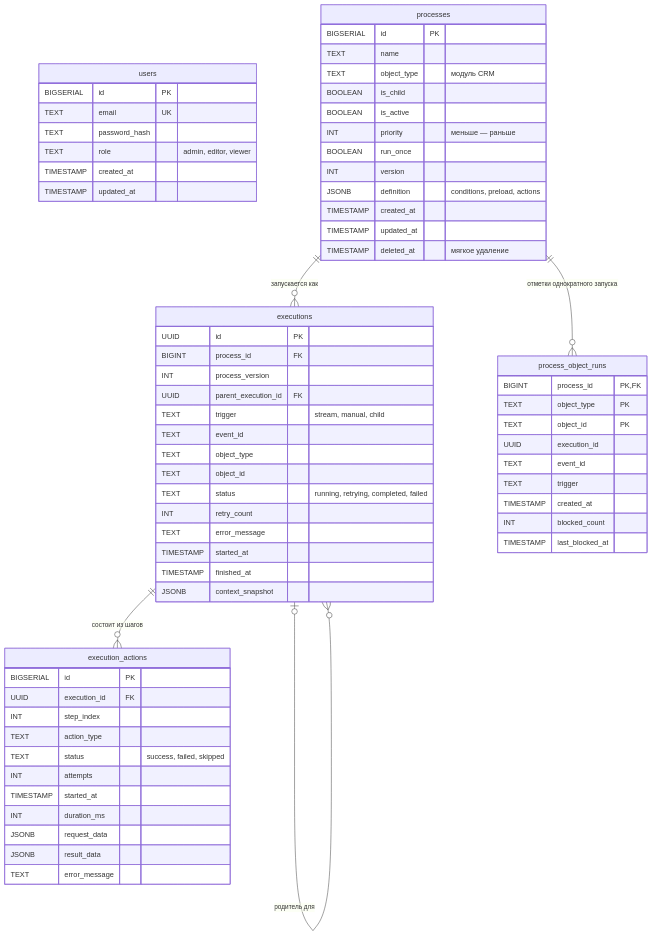
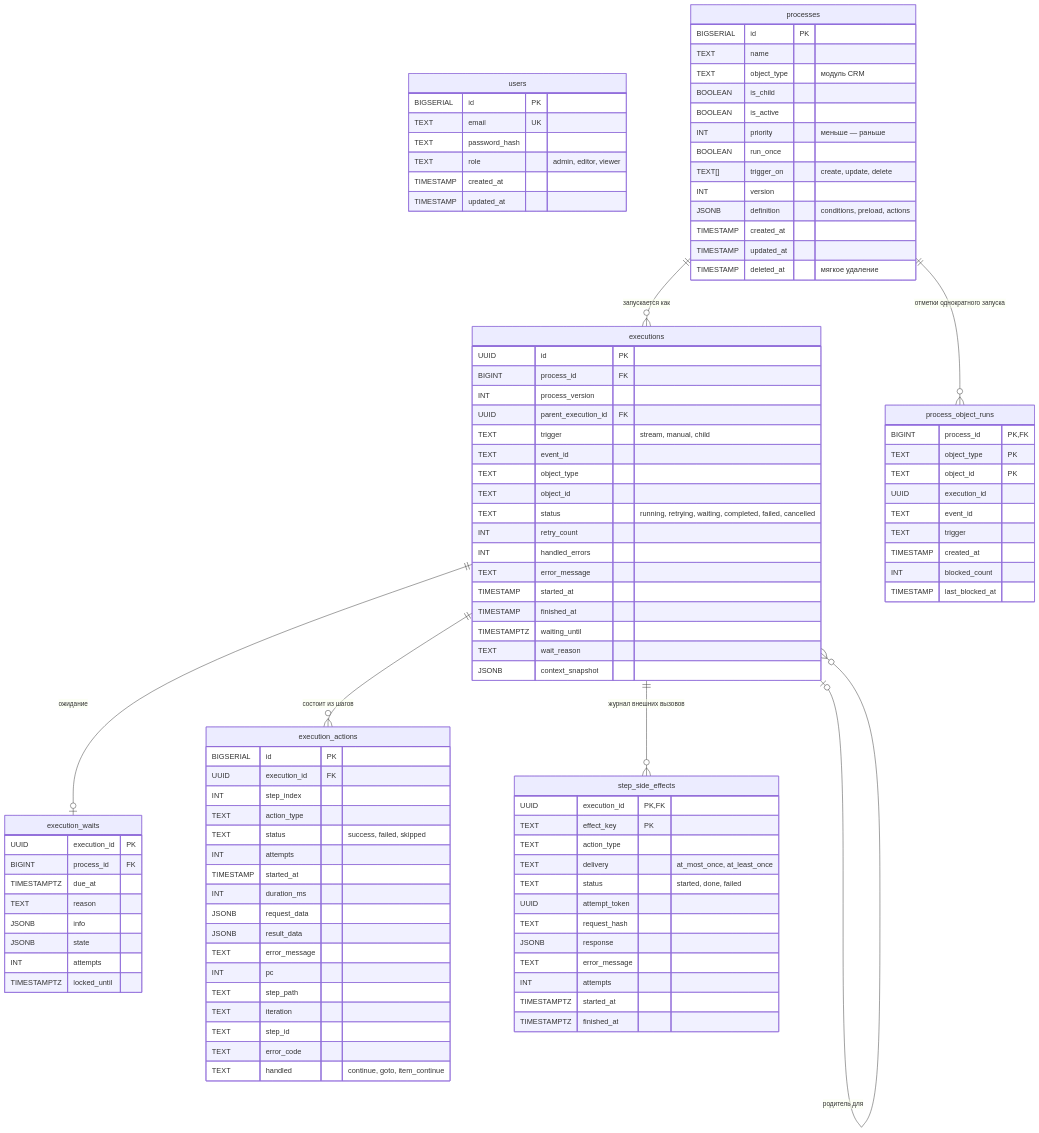
The first of 2 diagrams in doc/ru/05-architecture/data-model.md (madarch-labs/Workflow-Processing-Service), drawn with Mermaid before and after one commit. The commit also changed other lines of this file and 370 other files, not shown here.

````diff
--- a/doc/ru/05-architecture/data-model.md
+++ b/doc/ru/05-architecture/data-model.md
@@ -30,6 +30,7 @@
         BOOLEAN is_active
         INT priority "меньше — раньше"
         BOOLEAN run_once
+        TEXT[] trigger_on "create, update, delete"
         INT version
         JSONB definition "conditions, preload, actions"
         TIMESTAMP created_at
@@ -45,12 +46,25 @@
         TEXT event_id
         TEXT object_type
         TEXT object_id
-        TEXT status "running, retrying, completed, failed"
+        TEXT status "running, retrying, waiting, completed, failed, cancelled"
         INT retry_count
+        INT handled_errors
         TEXT error_message
         TIMESTAMP started_at
         TIMESTAMP finished_at
+        TIMESTAMPTZ waiting_until
+        TEXT wait_reason
         JSONB context_snapshot
+    }
+    execution_waits {
+        UUID execution_id PK
+        BIGINT process_id FK
+        TIMESTAMPTZ due_at
+        TEXT reason
+        JSONB info
+        JSONB state
+        INT attempts
+        TIMESTAMPTZ locked_until
     }
     execution_actions {
         BIGSERIAL id PK
@@ -64,6 +78,12 @@
         JSONB request_data
         JSONB result_data
         TEXT error_message
+        INT pc
+        TEXT step_path
+        TEXT iteration
+        TEXT step_id
+        TEXT error_code
+        TEXT handled "continue, goto, item_continue"
     }
     process_object_runs {
         BIGINT process_id PK, FK
@@ -76,9 +96,25 @@
         INT blocked_count
         TIMESTAMP last_blocked_at
     }
+    step_side_effects {
+        UUID execution_id PK, FK
+        TEXT effect_key PK
+        TEXT action_type
+        TEXT delivery "at_most_once, at_least_once"
+        TEXT status "started, done, failed"
+        UUID attempt_token
+        TEXT request_hash
+        JSONB response
+        TEXT error_message
+        INT attempts
+        TIMESTAMPTZ started_at
+        TIMESTAMPTZ finished_at
+    }
 
     processes ||--o{ executions : "запускается как"
     executions ||--o{ execution_actions : "состоит из шагов"
     executions |o--o{ executions : "родитель для"
     processes ||--o{ process_object_runs : "отметки однократного запуска"
+    executions ||--o{ step_side_effects : "журнал внешних вызовов"
+    executions ||--o| execution_waits : "ожидание"
 ```
````
